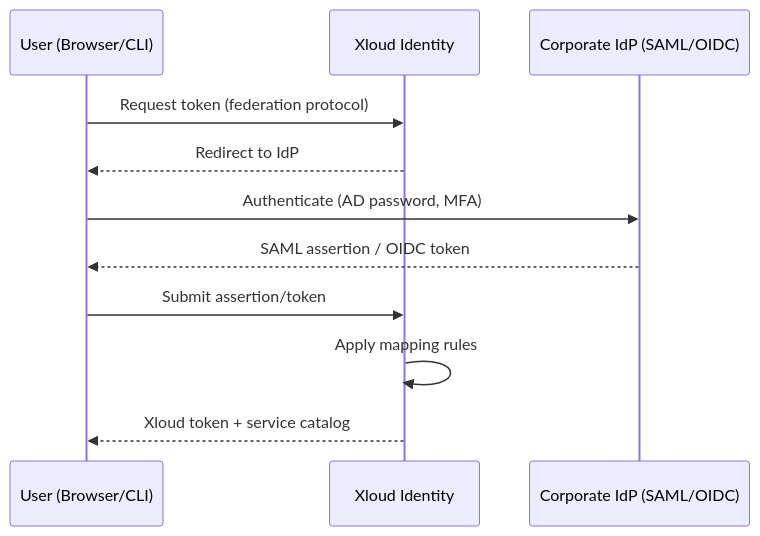
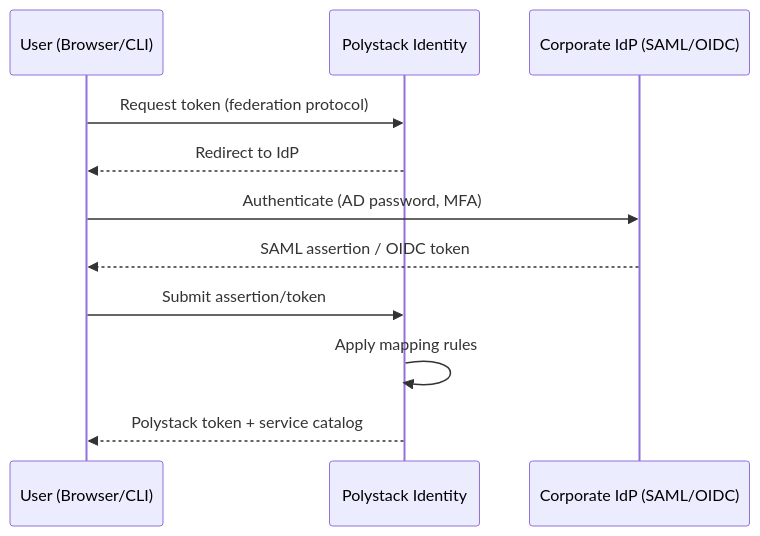
One commit to ankur-kumar87/docs-polystack changed the diagram in services/identity/federation.mdx. Above: the diagram before and after it, drawn with Mermaid. The commit also changed other lines of this file and 425 other files, not shown here.

````diff
--- a/services/identity/federation.mdx
+++ b/services/identity/federation.mdx
@@ -23,13 +23,13 @@
 ```mermaid
 sequenceDiagram
     participant U as User (Browser/CLI)
-    participant I as Xloud Identity
+    participant I as Polystack Identity
     participant IDP as Corporate IdP (SAML/OIDC)
     U->>I: Request token (federation protocol)
     I-->>U: Redirect to IdP
     U->>IDP: Authenticate (AD password, MFA)
     IDP-->>U: SAML assertion / OIDC token
     U->>I: Submit assertion/token
     I->>I: Apply mapping rules
-    I-->>U: Xloud token + service catalog
+    I-->>U: Polystack token + service catalog
 ```
````
